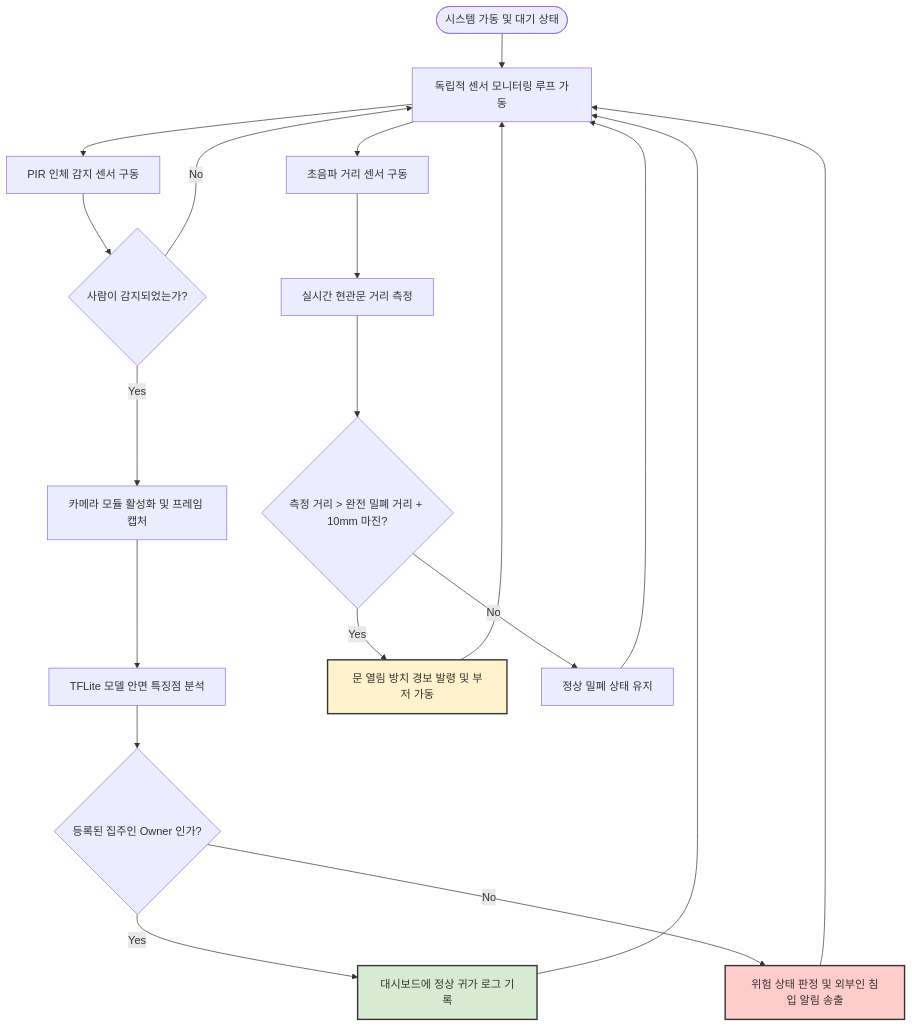
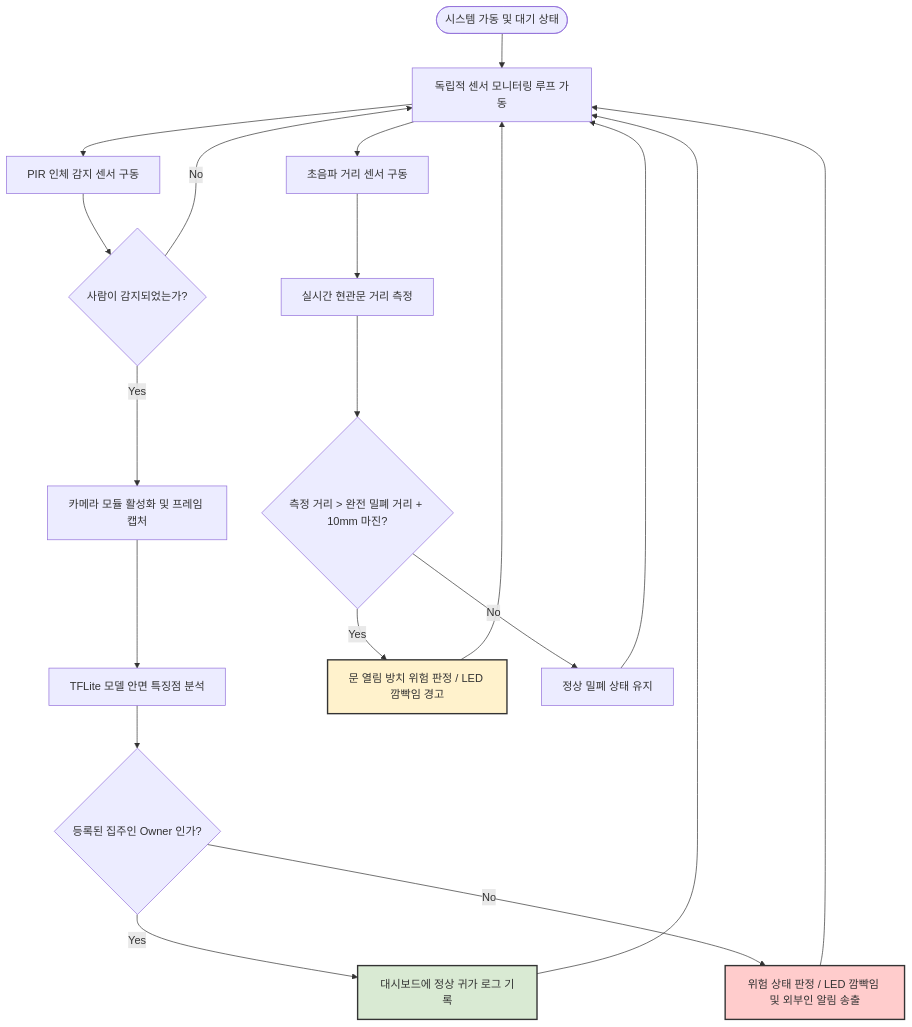
One commit to Schro2109/MarkDownPractice changed the diagram in README.md. Above: the diagram before and after it, drawn with Mermaid. The commit also changed other lines of this file and 1 other file, not shown here.

````diff
--- a/README.md
+++ b/README.md
@@ -32,31 +32,31 @@
 ```mermaid
 graph TD
     A([시스템 가동 및 대기 상태]) --> B[독립적 센서 모니터링 루프 가동]
     
     %% 왼쪽: 안면 인식 흐름 (PIR 트리거)
     B --> C1[PIR 인체 감지 센서 구동]
     C1 --> D1{사람이 감지되었는가?}
     D1 -- Yes --> E1[카메라 모듈 활성화 및 프레임 캡처]
     E1 --> F1[TFLite 모델 안면 특징점 분석]
     F1 --> G1{등록된 집주인 Owner 인가?}
     G1 -- Yes --> H1[대시보드에 정상 귀가 로그 기록]
-    G1 -- No --> I1[위험 상태 판정 및 외부인 침입 알림 송출]
+    G1 -- No --> I1[위험 상태 판정 / LED 깜빡임 및 외부인 알림 송출]
     D1 -- No --> B
     
     %% 오른쪽: 문 개폐 감지 흐름 (초음파 트리거)
     B --> C2[초음파 거리 센서 구동]
     C2 --> D2[실시간 현관문 거리 측정]
     D2 --> E2{측정 거리 > 완전 밀폐 거리 + 10mm 마진?}
-    E2 -- Yes --> F2[문 열림 방치 경보 발령 및 부저 가동]
+    E2 -- Yes --> F2[문 열림 방치 위험 판정 / LED 깜빡임 경고]
     E2 -- No --> G2[정상 밀폐 상태 유지]
 
     %% 루프 재복귀
     H1 --> B
     I1 --> B
     F2 --> B
     G2 --> B
     
     style I1 fill:#ffcccc,stroke:#333,stroke-width:2px
     style F2 fill:#fff2cc,stroke:#333,stroke-width:2px
     style H1 fill:#d9ead3,stroke:#333,stroke-width:2px
 ```
````
